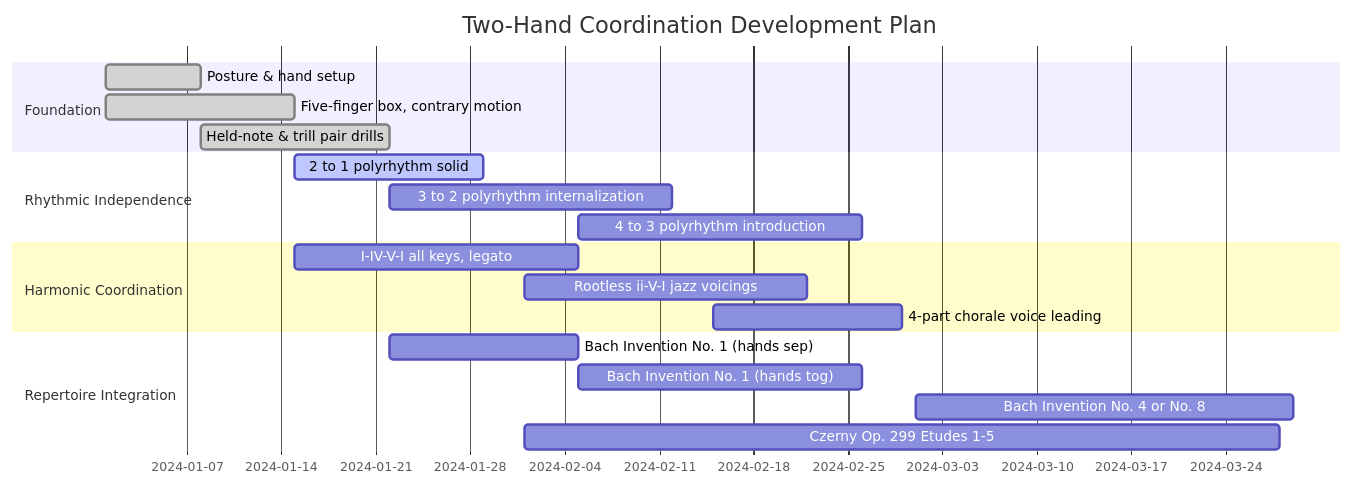
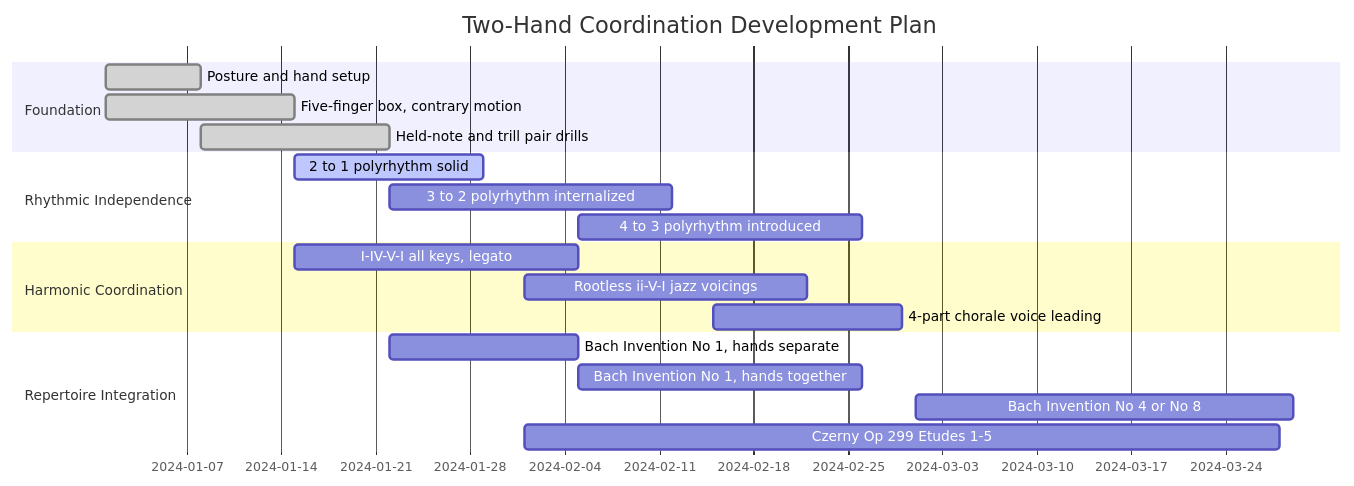
The third of 5 diagrams in topics/arts/music_performance/piano/lesson_04_two_handed_rhythmic_independence.md (blebleblee/synapse), drawn with Mermaid before and after one commit. The commit also changed other lines of this file and 4 other files, not shown here.

````diff
--- a/topics/arts/music_performance/piano/lesson_04_two_handed_rhythmic_independence.md
+++ b/topics/arts/music_performance/piano/lesson_04_two_handed_rhythmic_independence.md
@@ -622,22 +531,22 @@
 ```mermaid
 gantt
     title Two-Hand Coordination Development Plan
     dateFormat  YYYY-MM-DD
     section Foundation
-    Posture & hand setup              :done, a1, 2024-01-01, 7d
-    Five-finger box, contrary motion   :done, a2, 2024-01-01, 14d
-    Held-note & trill pair drills      :done, a3, 2024-01-08, 14d
+    Posture and hand setup             :done, a1, 2024-01-01, 7d
+    Five-finger box, contrary motion    :done, a2, 2024-01-01, 14d
+    Held-note and trill pair drills     :done, a3, 2024-01-08, 14d
     section Rhythmic Independence
-    2 to 1 polyrhythm solid           :active, b1, 2024-01-15, 14d
-    3 to 2 polyrhythm internalization  :b2, 2024-01-22, 21d
-    4 to 3 polyrhythm introduction     :b3, 2024-02-05, 21d
+    2 to 1 polyrhythm solid            :active, b1, 2024-01-15, 14d
+    3 to 2 polyrhythm internalized      :b2, 2024-01-22, 21d
+    4 to 3 polyrhythm introduced        :b3, 2024-02-05, 21d
     section Harmonic Coordination
-    I-IV-V-I all keys, legato          :c1, 2024-01-15, 21d
-    Rootless ii-V-I jazz voicings      :c2, 2024-02-01, 21d
-    4-part chorale voice leading       :c3, 2024-02-15, 14d
+    I-IV-V-I all keys, legato           :c1, 2024-01-15, 21d
+    Rootless ii-V-I jazz voicings       :c2, 2024-02-01, 21d
+    4-part chorale voice leading        :c3, 2024-02-15, 14d
     section Repertoire Integration
-    Bach Invention No. 1 (hands sep)   :d1, 2024-01-22, 14d
-    Bach Invention No. 1 (hands tog)   :d2, 2024-02-05, 21d
-    Bach Invention No. 4 or No. 8      :d3, 2024-03-01, 28d
-    Czerny Op. 299 Etudes 1-5          :d4, 2024-02-01, 56d
+    Bach Invention No 1, hands separate :d1, 2024-01-22, 14d
+    Bach Invention No 1, hands together :d2, 2024-02-05, 21d
+    Bach Invention No 4 or No 8         :d3, 2024-03-01, 28d
+    Czerny Op 299 Etudes 1-5            :d4, 2024-02-01, 56d
 ```
````
